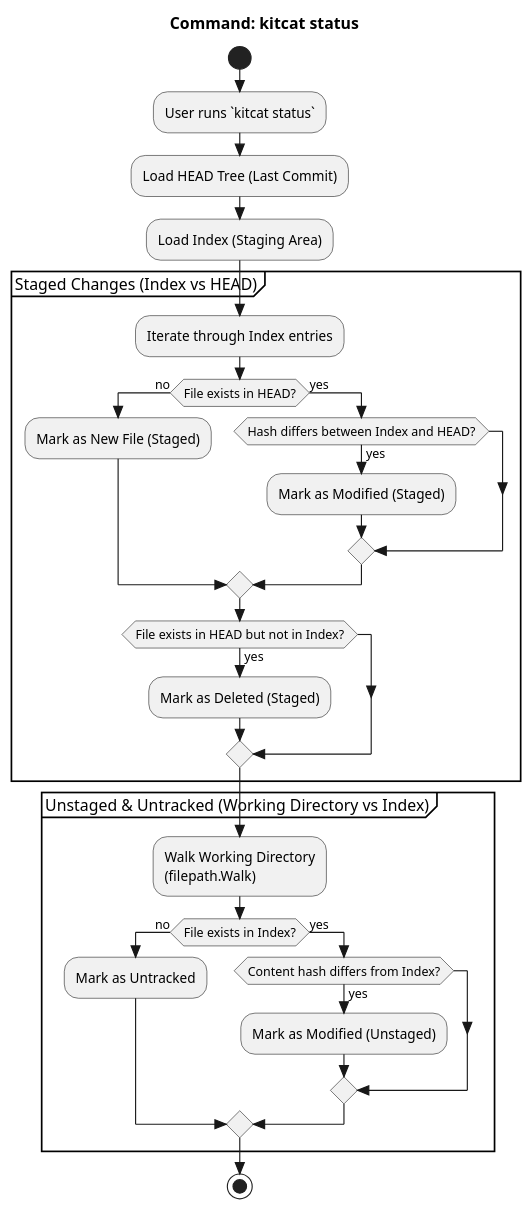
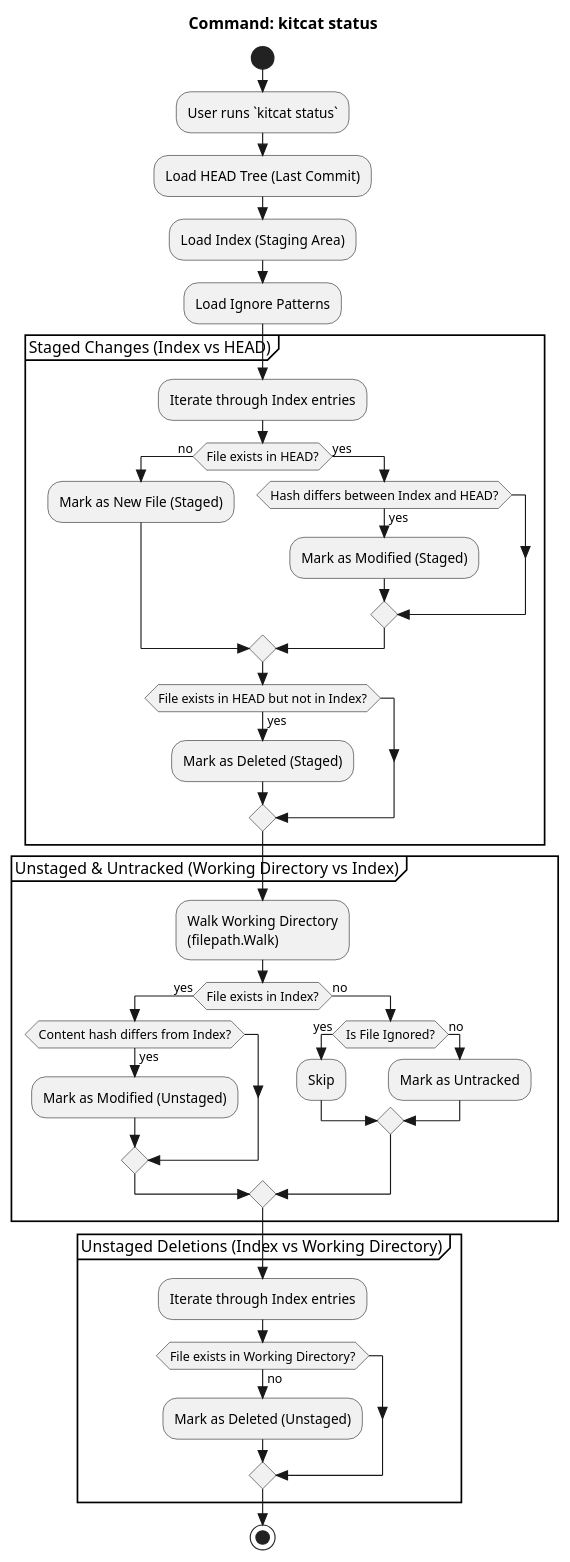
The diagram in docs/architecture/status/status.puml (LeeFred3042U/kitkat), drawn with PlantUML before and after one commit. The commit also changed 1 other file, not shown here.

Commit message:
docs: add status command activity diagram with corrected logic (#219)

```diff
--- a/docs/architecture/status/status.puml
+++ b/docs/architecture/status/status.puml
@@ -1,43 +1,55 @@
 @startuml
 title Command: kitcat status
 skinparam style strictuml
 
 start
 :User runs `kitcat status`;
 
 :Load HEAD Tree (Last Commit);
 :Load Index (Staging Area);
+:Load Ignore Patterns;
 
 partition "Staged Changes (Index vs HEAD)" {
 
   :Iterate through Index entries;
 
   if (File exists in HEAD?) then (no)
     :Mark as New File (Staged);
   else (yes)
     if (Hash differs between Index and HEAD?) then (yes)
       :Mark as Modified (Staged);
     endif
   endif
 
   if (File exists in HEAD but not in Index?) then (yes)
     :Mark as Deleted (Staged);
   endif
 }
 
 partition "Unstaged & Untracked (Working Directory vs Index)" {
 
   :Walk Working Directory
   (filepath.Walk);
 
-  if (File exists in Index?) then (no)
-    :Mark as Untracked;
-  else (yes)
+  if (File exists in Index?) then (yes)
     if (Content hash differs from Index?) then (yes)
       :Mark as Modified (Unstaged);
     endif
+  else (no)
+    if (Is File Ignored?) then (yes)
+      :Skip;
+    else (no)
+      :Mark as Untracked;
+    endif
+  endif
+}
+
+partition "Unstaged Deletions (Index vs Working Directory)" {
+  :Iterate through Index entries;
+  if (File exists in Working Directory?) then (no)
+    :Mark as Deleted (Unstaged);
   endif
 }
 
 stop
 @enduml
```
